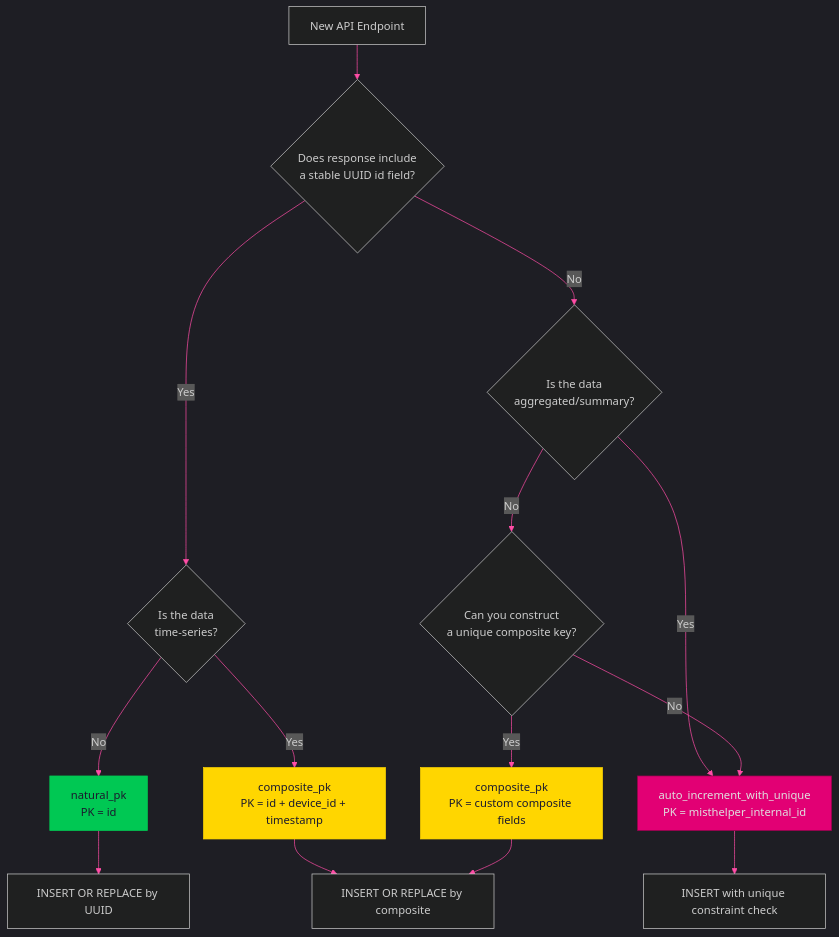
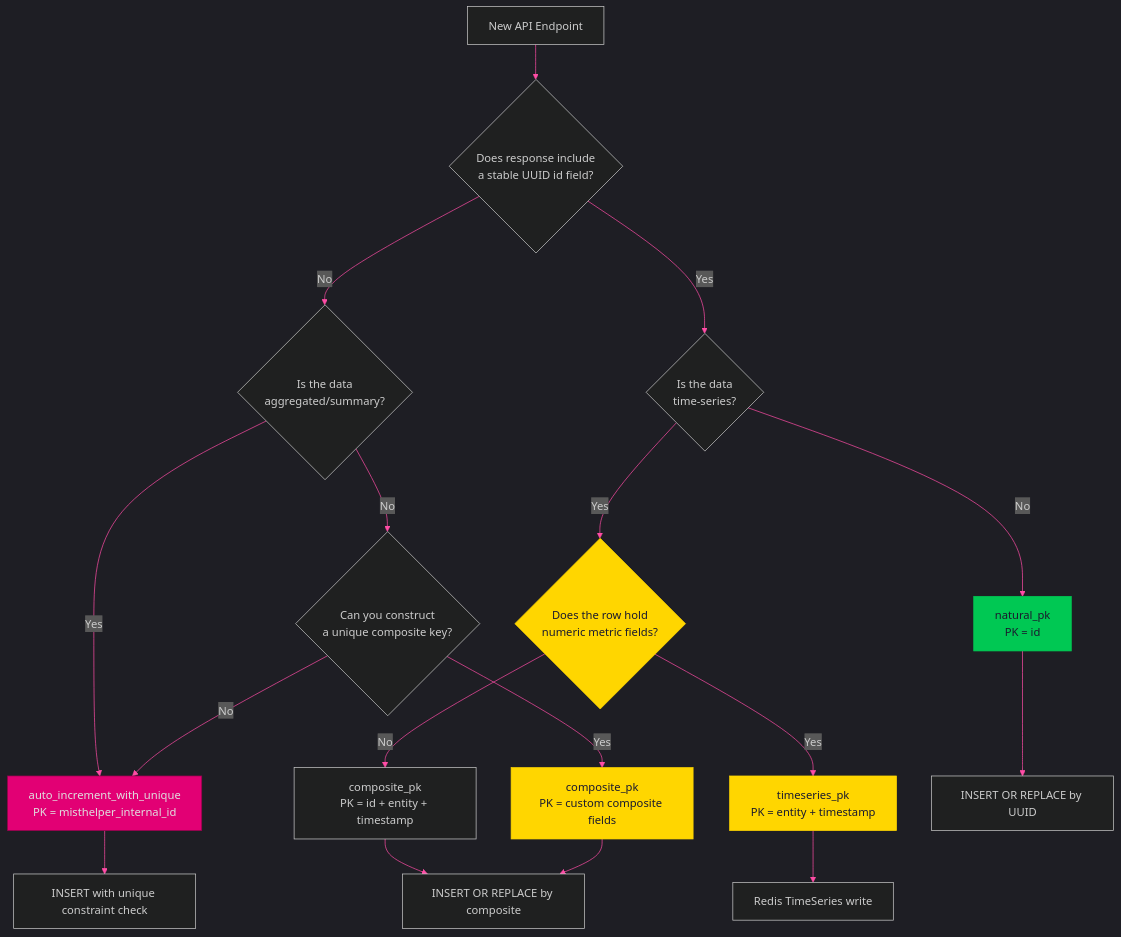
One commit to jmorrison-juniper/MistHelper changed the second of 2 diagrams in documentation/diagrams/core/database-strategy.md. Above: the diagram before and after it, drawn with Mermaid. The commit also changed other lines of this file and 110 other files, not shown here.

````diff
--- a/documentation/diagrams/core/database-strategy.md
+++ b/documentation/diagrams/core/database-strategy.md
@@ -91,35 +91,40 @@
 ```mermaid
 %%{init: {'theme': 'dark', 'themeVariables': {
   'primaryColor': '#E20074',
   'primaryTextColor': '#E0E0E0',
   'primaryBorderColor': '#99004D',
   'lineColor': '#FF4DA6',
   'secondaryColor': '#16213E',
   'tertiaryColor': '#1A1A2E',
   'fontFamily': 'ui-monospace, monospace'
 }}}%%
 flowchart TD
     A[New API Endpoint] --> B{Does response include<br/>a stable UUID id field?}
-    
+
     B -->|Yes| C{Is the data<br/>time-series?}
     B -->|No| F{Is the data<br/>aggregated/summary?}
-    
+
     C -->|No| D[natural_pk<br/>PK = id]
-    C -->|Yes| E[composite_pk<br/>PK = id + device_id + timestamp]
-    
+    C -->|Yes| E{Does the row hold<br/>numeric metric fields?}
+
     F -->|Yes| G[auto_increment_with_unique<br/>PK = misthelper_internal_id]
     F -->|No| H{Can you construct<br/>a unique composite key?}
-    
+
+    E -->|Yes| TS[timeseries_pk<br/>PK = entity + timestamp]
+    E -->|No| CP[composite_pk<br/>PK = id + entity + timestamp]
+
     H -->|Yes| I[composite_pk<br/>PK = custom composite fields]
     H -->|No| G
-    
+
     D --> J[INSERT OR REPLACE by UUID]
-    E --> J2[INSERT OR REPLACE by composite]
+    CP --> J2[INSERT OR REPLACE by composite]
+    TS --> J4[Redis TimeSeries write]
     G --> J3[INSERT with unique constraint check]
     I --> J2
 
     style D fill:#00C853,stroke:#00C853,color:#1A1A2E
     style E fill:#FFD600,stroke:#FFD600,color:#1A1A2E
+    style TS fill:#FFD600,stroke:#FFD600,color:#1A1A2E
     style G fill:#E20074,stroke:#99004D,color:#E0E0E0
     style I fill:#FFD600,stroke:#FFD600,color:#1A1A2E
 ```
````
